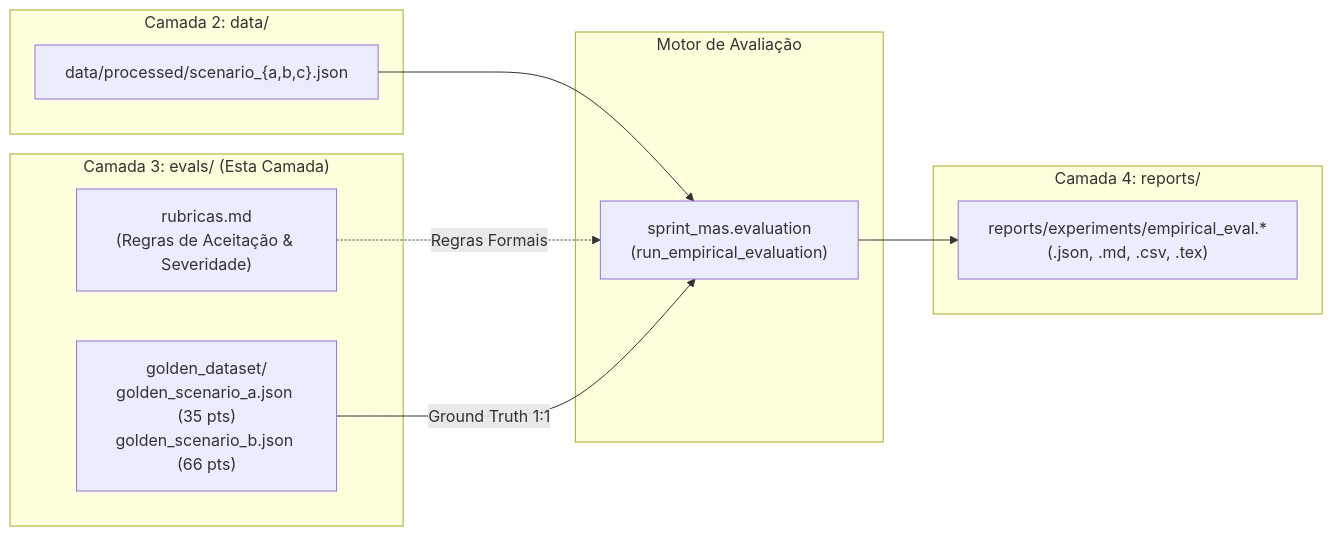
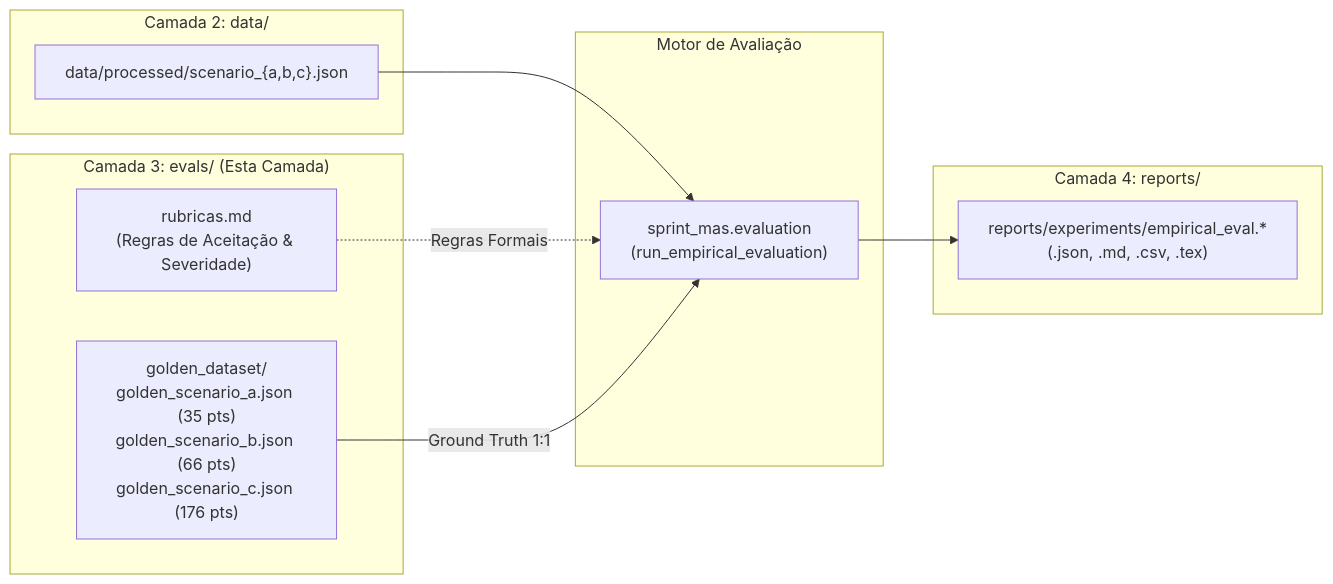
One commit to ElyssonAlvs/REIC_WESAAC_code changed the diagram in evals/README.md. Above: the diagram before and after it, drawn with Mermaid. The commit also changed other lines of this file and 3 other files, not shown here.

````diff
--- a/evals/README.md
+++ b/evals/README.md
@@ -11,24 +11,24 @@
 ```mermaid
 flowchart LR
     subgraph Data["Camada 2: data/"]
         RAW["data/processed/scenario_{a,b,c}.json"]
     end
 
     subgraph Evals["Camada 3: evals/ (Esta Camada)"]
         RUBRICS["rubricas.md<br/>(Regras de Aceitação & Severidade)"]
-        GOLDEN["golden_dataset/<br/>golden_scenario_a.json (35 pts)<br/>golden_scenario_b.json (66 pts)"]
+        GOLDEN["golden_dataset/<br/>golden_scenario_a.json (35 pts)<br/>golden_scenario_b.json (66 pts)<br/>golden_scenario_c.json (176 pts)"]
     end
 
     subgraph Engine["Motor de Avaliação"]
         EVAL_PY["sprint_mas.evaluation<br/>(run_empirical_evaluation)"]
     end
 
     subgraph Reports["Camada 4: reports/"]
         OUT["reports/experiments/empirical_eval.*<br/>(.json, .md, .csv, .tex)"]
     end
 
     RAW --> EVAL_PY
     RUBRICS -.->|Regras Formais| EVAL_PY
     GOLDEN -->|Ground Truth 1:1| EVAL_PY
     EVAL_PY --> OUT
 ```
````
